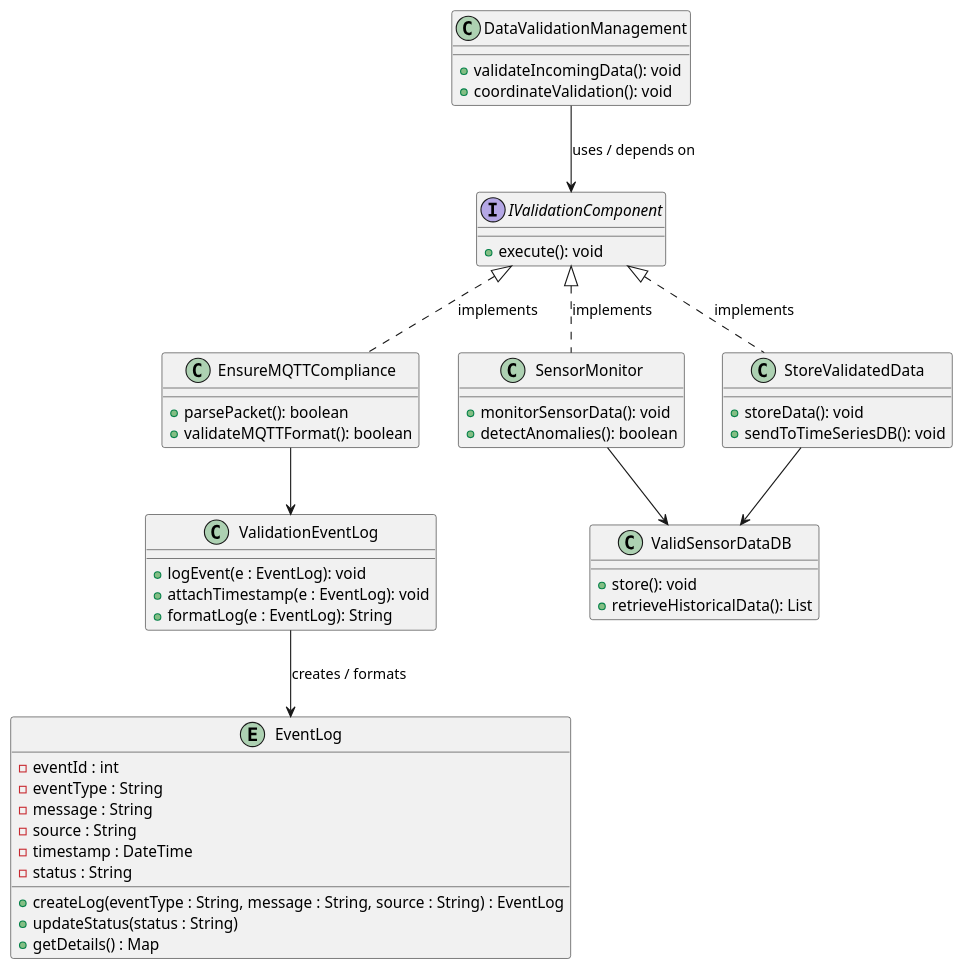
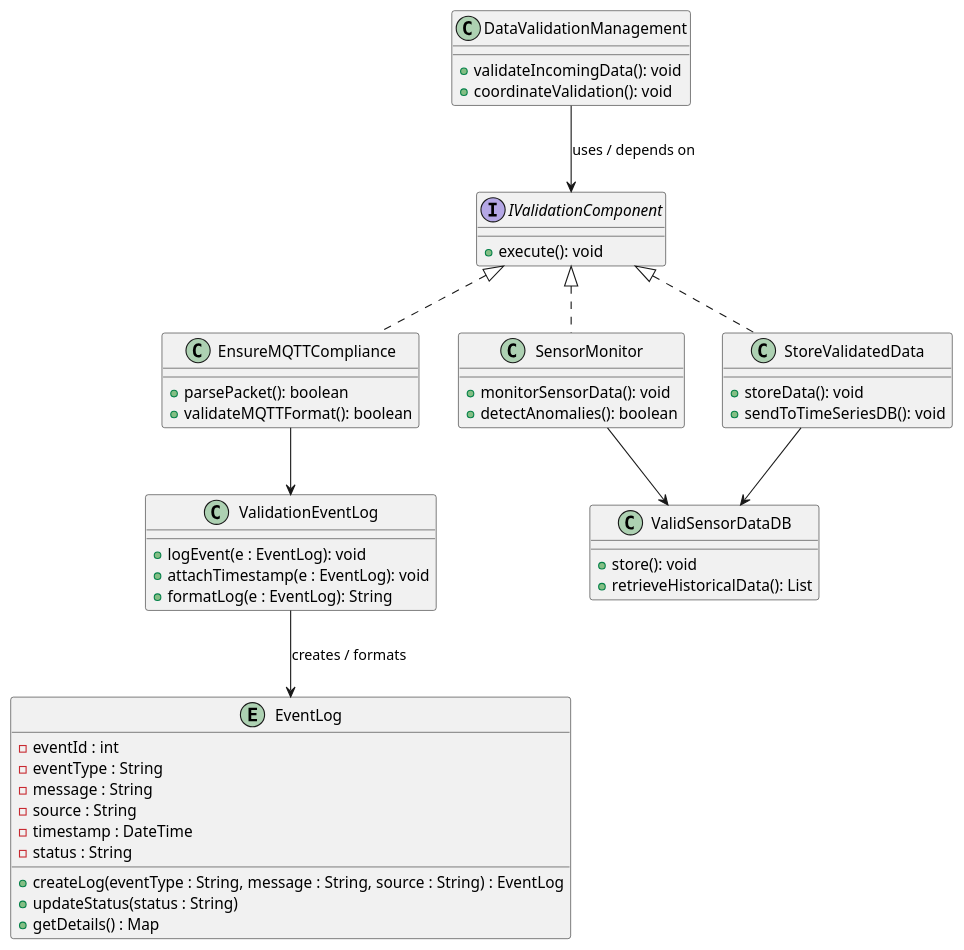
The diagram in docs/diagrams/plantuml/class/Data_valid_mgmntClass.puml (harmanpreet-sagar/sfwreng-3a04-group6-t01-scemas), drawn with PlantUML before and after one commit.

Commit message:
remove labels from connectors in class diagram

```diff
--- a/docs/diagrams/plantuml/class/Data_valid_mgmntClass.puml
+++ b/docs/diagrams/plantuml/class/Data_valid_mgmntClass.puml
@@ -1,88 +1,88 @@
 @startuml
 
 ' ========================
 ' Single Interface
 ' ========================
 
 interface IValidationComponent {
   + execute(): void
 }
 
 ' ========================
 ' Classes
 ' ========================
 
 class DataValidationManagement {
   + validateIncomingData(): void
   + coordinateValidation(): void
 }
 
 class EnsureMQTTCompliance {
   + parsePacket(): boolean
   + validateMQTTFormat(): boolean
 }
 
 class SensorMonitor {
   + monitorSensorData(): void
   + detectAnomalies(): boolean
 }
 
 class StoreValidatedData {
   + storeData(): void
   + sendToTimeSeriesDB(): void
 }
 
 class ValidationEventLog {
   + logEvent(e : EventLog): void
   + attachTimestamp(e : EventLog): void
   + formatLog(e : EventLog): String
 }
 
 class ValidSensorDataDB {
   + store(): void
   + retrieveHistoricalData(): List
 }
 
 ' ========================
 ' NEW ENTITY
 ' ========================
 
 entity EventLog {
   -eventId : int
   -eventType : String
   -message : String
   -source : String
   -timestamp : DateTime
   -status : String
   
   +createLog(eventType : String, message : String, source : String) : EventLog
   +updateStatus(status : String)
   +getDetails() : Map
 }
 
 ' ========================
 ' Interface Implementation
 ' ========================
 
-IValidationComponent <|.. EnsureMQTTCompliance : implements
-IValidationComponent <|.. SensorMonitor : implements
-IValidationComponent <|.. StoreValidatedData : implements
+IValidationComponent <|.. EnsureMQTTCompliance
+IValidationComponent <|.. SensorMonitor
+IValidationComponent <|.. StoreValidatedData
 
 ' ========================
 ' Controller depends on interface
 ' ========================
 
 DataValidationManagement --> IValidationComponent : uses / depends on
 
 ' ========================
 ' Relationships
 ' ========================
 
 EnsureMQTTCompliance --> ValidationEventLog
 SensorMonitor --> ValidSensorDataDB
 StoreValidatedData --> ValidSensorDataDB
 
 ' NEW relationships for EventLog
 ValidationEventLog --> EventLog : creates / formats
 
 @enduml
```
